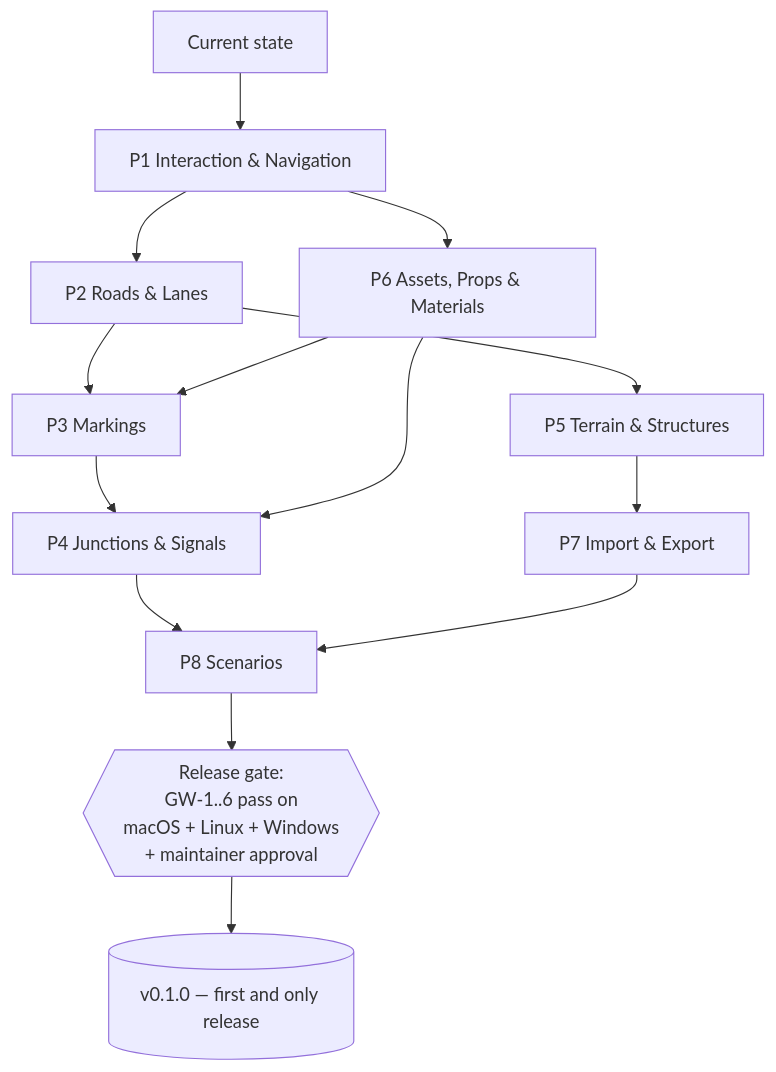
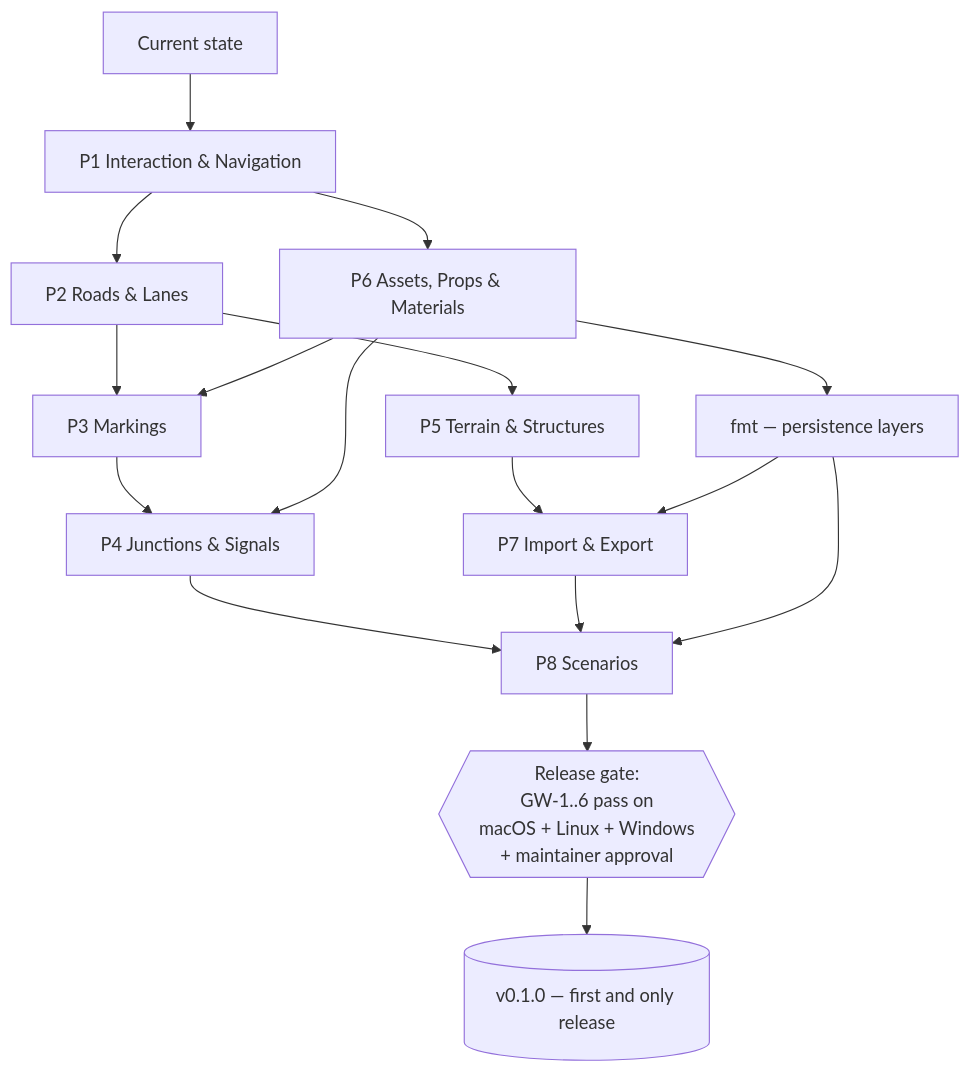
One commit to Robomous/RoadMaker changed the diagram in docs/roadmap/README.md. Above: the diagram before and after it, drawn with Mermaid. The commit also changed other lines of this file and 5 other files, not shown here.

First line of the commit message:
docs(roadmap): 2026-07 realignment — P4 restructure, fmt workstream, ADR-0008 persistence layers (#316)

````diff
--- a/docs/roadmap/README.md
+++ b/docs/roadmap/README.md
@@ -59,16 +59,19 @@
 ```mermaid
 graph TD
     S[Current state] --> P1[P1 Interaction & Navigation]
     P1 --> P2[P2 Roads & Lanes]
     P1 --> P6[P6 Assets, Props & Materials]
     P2 --> P3[P3 Markings]
     P6 --> P3
     P2 --> P5[P5 Terrain & Structures]
     P3 --> P4[P4 Junctions & Signals]
     P6 --> P4
+    P6 --> FMT[fmt — persistence layers]
     P5 --> P7[P7 Import & Export]
+    FMT --> P7
     P4 --> P8[P8 Scenarios]
     P7 --> P8
+    FMT --> P8
     P8 --> GATE{{Release gate:<br/>GW-1..6 pass on<br/>macOS + Linux + Windows<br/>+ maintainer approval}}
     GATE --> R[(v0.1.0 — first and only release)]
 ```
````
